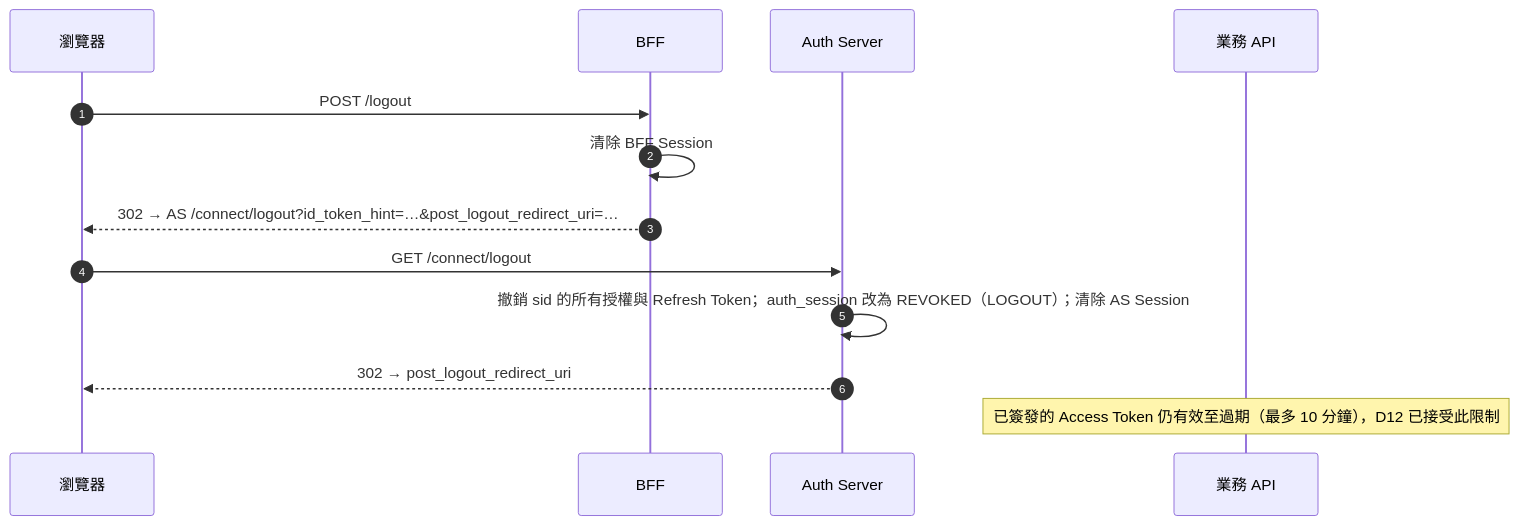
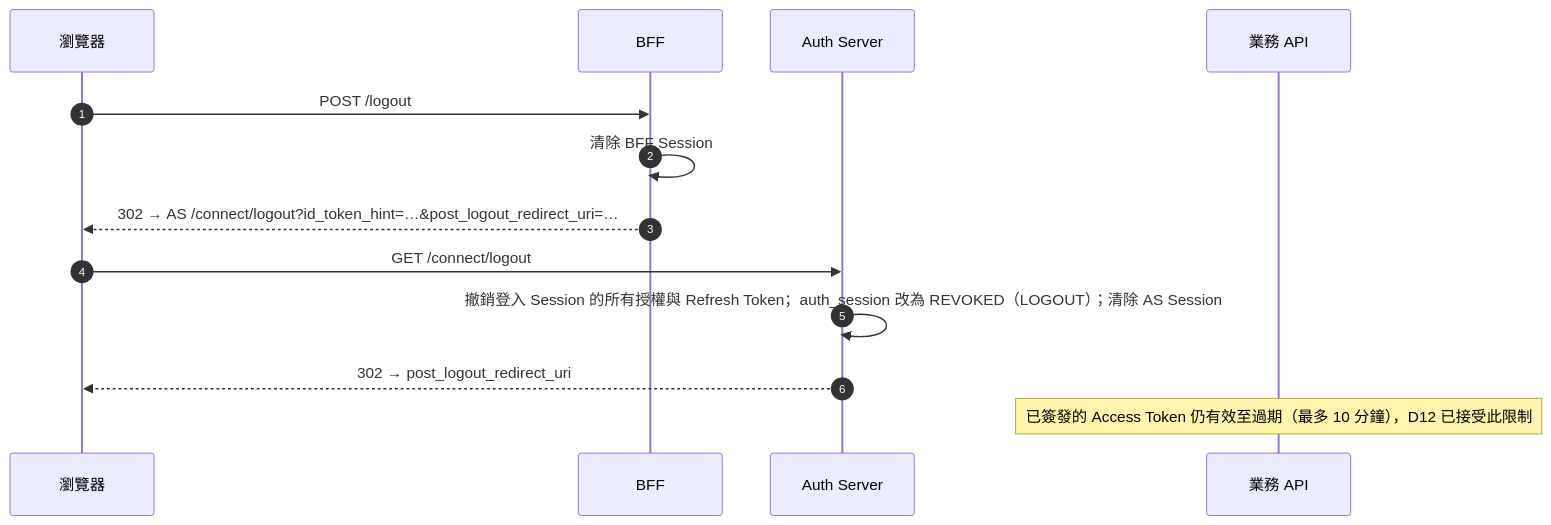
One commit to jacky917/jacky917-security changed the sixth of 6 diagrams in docs/auth-server-design.md. Above: the diagram before and after it, drawn with Mermaid. The commit also changed other lines of this file and 6 other files, not shown here.

````diff
--- a/docs/auth-server-design.md
+++ b/docs/auth-server-design.md
@@ -833,16 +565,16 @@
 ```mermaid
 sequenceDiagram
     autonumber
     participant B as 瀏覽器
     participant F as BFF
     participant A as Auth Server
     participant R as 業務 API
 
     B->>F: POST /logout
     F->>F: 清除 BFF Session
     F-->>B: 302 → AS /connect/logout?id_token_hint=…&post_logout_redirect_uri=…
     B->>A: GET /connect/logout
-    A->>A: 撤銷 sid 的所有授權與 Refresh Token；auth_session 改為 REVOKED（LOGOUT）；清除 AS Session
+    A->>A: 撤銷登入 Session 的所有授權與 Refresh Token；auth_session 改為 REVOKED（LOGOUT）；清除 AS Session
     A-->>B: 302 → post_logout_redirect_uri
     Note over R: 已簽發的 Access Token 仍有效至過期（最多 10 分鐘），D12 已接受此限制
 ```
````
